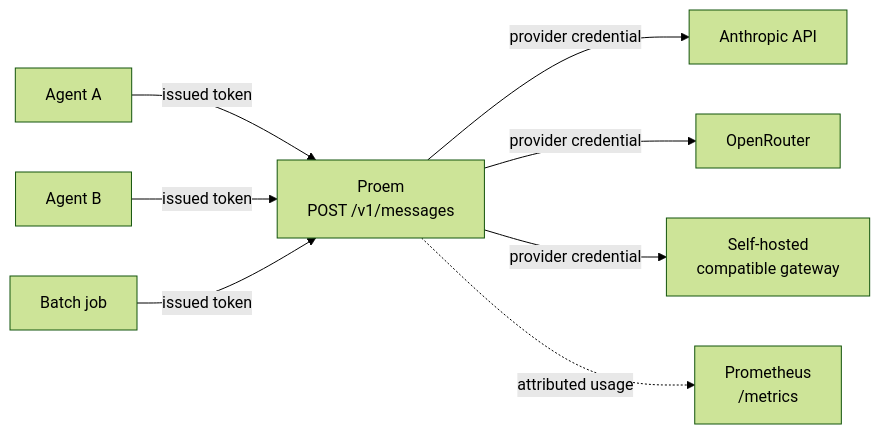
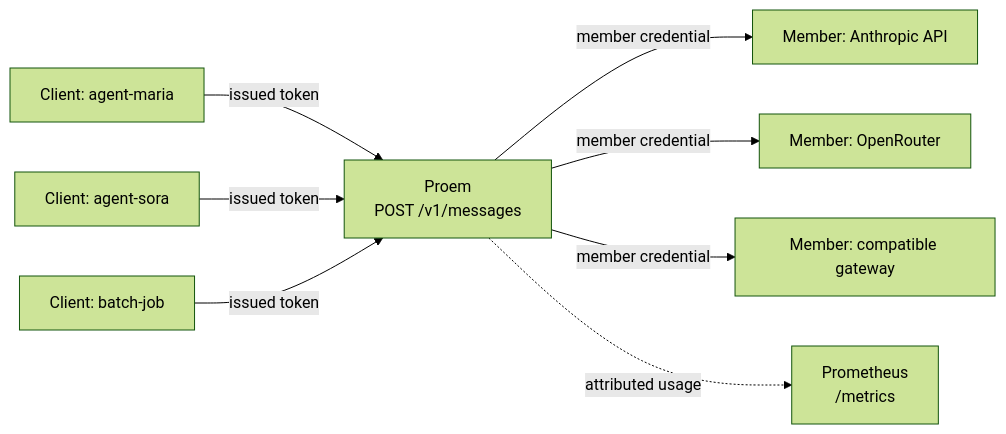
One commit to barockok/proem changed the diagram in docs/site/_content/index.md. Above: the diagram before and after it, drawn with Mermaid (forest theme). The commit also changed other lines of this file and 11 other files, not shown here.

````diff
--- a/docs/site/_content/index.md
+++ b/docs/site/_content/index.md
@@ -18,19 +26,19 @@
 ```mermaid
 flowchart LR
-  A1["Agent A"]
-  A2["Agent B"]
-  A3["Batch job"]
+  A1["Client: agent-maria"]
+  A2["Client: agent-sora"]
+  A3["Client: batch-job"]
   P["Proem<br/>POST /v1/messages"]
-  U1["Anthropic API"]
-  U2["OpenRouter"]
-  U3["Self-hosted<br/>compatible gateway"]
+  U1["Member: Anthropic API"]
+  U2["Member: OpenRouter"]
+  U3["Member: compatible gateway"]
   M["Prometheus<br/>/metrics"]
 
   A1 -->|issued token| P
   A2 -->|issued token| P
   A3 -->|issued token| P
-  P -->|provider credential| U1
-  P -->|provider credential| U2
-  P -->|provider credential| U3
+  P -->|member credential| U1
+  P -->|member credential| U2
+  P -->|member credential| U3
   P -.attributed usage.-> M
 ```
````
